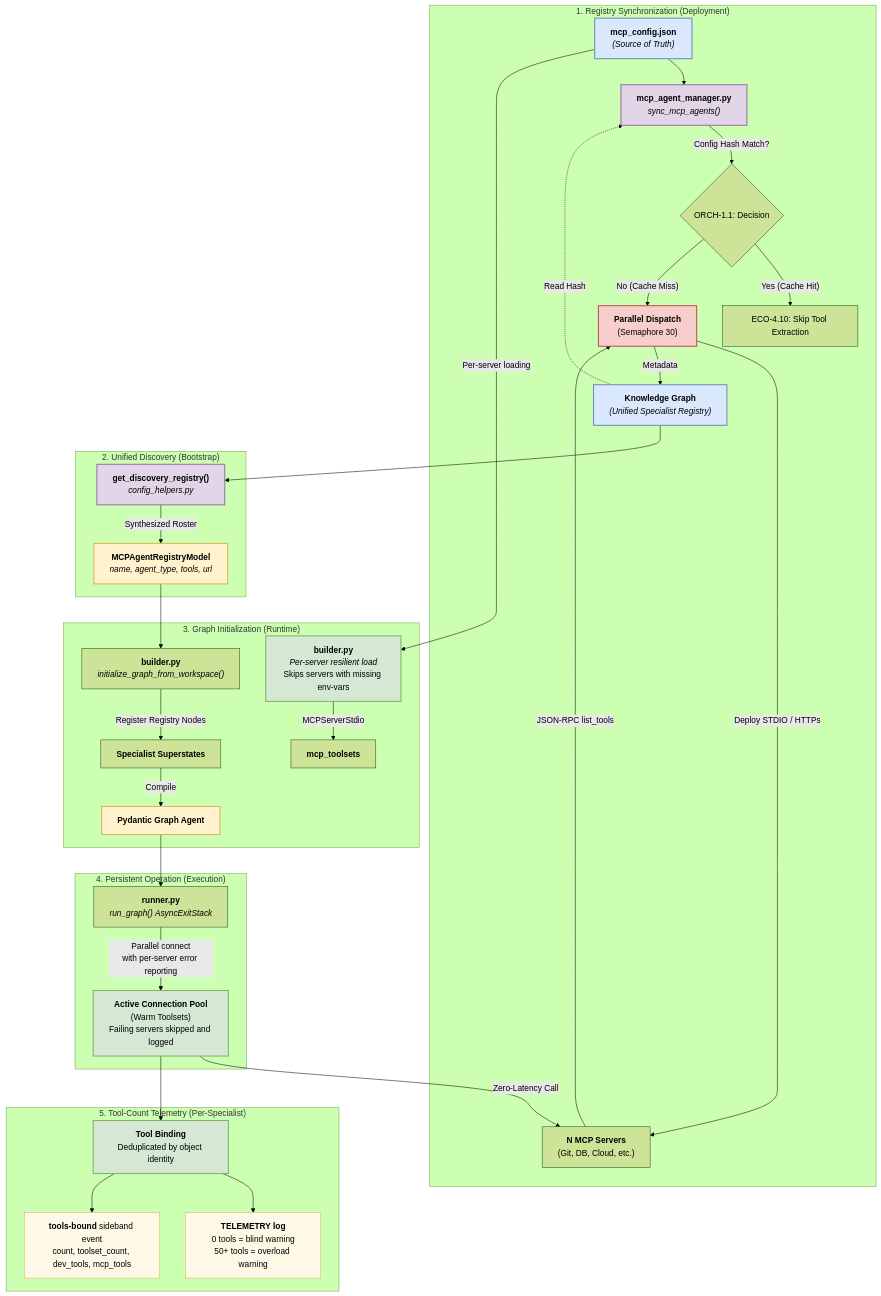
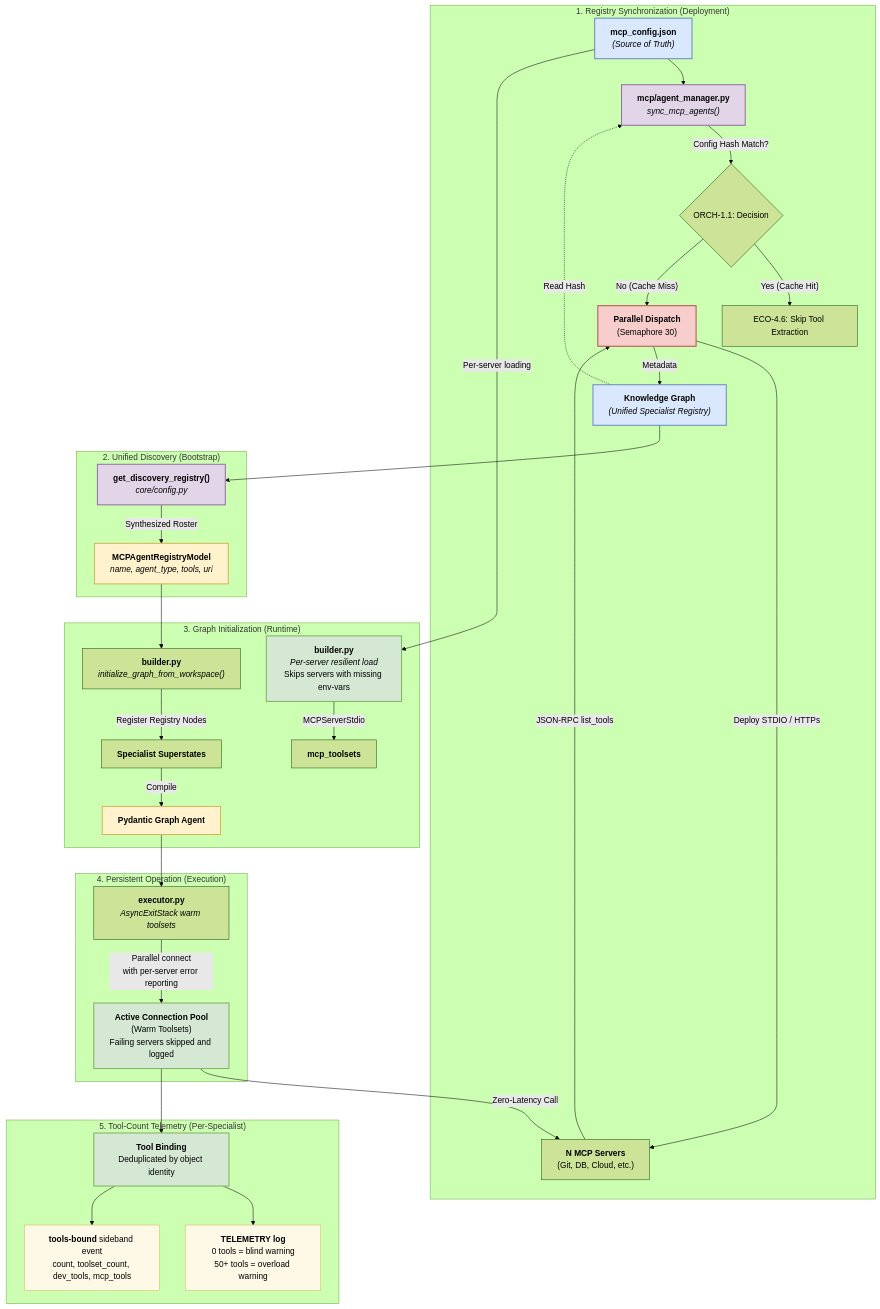
Before and after one commit to Knuckles-Team/agent-utilities: the diagram in docs/guides/agents.md, drawn with Mermaid (forest theme). The commit also changed other lines of this file and 556 other files, not shown here.

````diff
--- a/docs/guides/agents.md
+++ b/docs/guides/agents.md
@@ -35,53 +35,53 @@
 ```mermaid
 graph TD
     subgraph Registry_Phase ["1. Registry Synchronization (Deployment)"]
-        Config["<b>mcp_config.json</b><br/><i>(Source of Truth)</i>"] --> Manager["<b>mcp_agent_manager.py</b><br/><i>sync_mcp_agents()</i>"]
+        Config["<b>mcp_config.json</b><br/><i>(Source of Truth)</i>"] --> Manager["<b>mcp/agent_manager.py</b><br/><i>sync_mcp_agents()</i>"]
         KG_Registry["<b>Knowledge Graph</b><br/><i>(Unified Specialist Registry)</i>"] -.->|Read Hash| Manager
 
         Manager -->|Config Hash Match?| Branch{ORCH-1.1: Decision}
-        Branch -- "Yes (Cache Hit)" --> Skip["ECO-4.10: Skip Tool Extraction"]
+        Branch -- "Yes (Cache Hit)" --> Skip["ECO-4.6: Skip Tool Extraction"]
         Branch -- "No (Cache Miss)" --> Parallel["<b>Parallel Dispatch</b><br/>(Semaphore 30)"]
 
         Parallel -->|Deploy STDIO / HTTPs| Servers["<b>N MCP Servers</b><br/>(Git, DB, Cloud, etc.)"]
         Servers -->|JSON-RPC list_tools| Parallel
         Parallel -->|Metadata| KG_Registry
     end
 
     subgraph Unified_Discovery ["2. Unified Discovery (Bootstrap)"]
-        KG_Registry --> UAL["<b>get_discovery_registry()</b><br/><i>config_helpers.py</i>"]
+        KG_Registry --> UAL["<b>get_discovery_registry()</b><br/><i>core/config.py</i>"]
         UAL -->|Synthesized Roster| Roster["<b>MCPAgentRegistryModel</b><br/><i>name, agent_type, tools, url</i>"]
     end
 
     subgraph Initialization_Phase ["3. Graph Initialization (Runtime)"]
         Config -->|Per-server loading| Loader["<b>builder.py</b><br/><i>Per-server resilient load</i><br/>Skips servers with missing env-vars"]
         Roster --> Builder["<b>builder.py</b><br/><i>initialize_graph_from_workspace()</i>"]
         Loader -->|MCPServerStdio| ToolPool["<b>mcp_toolsets</b>"]
         Builder -->|Register Registry Nodes| Specialists["<b>Specialist Superstates</b>"]
         Specialists -->|Compile| GraphAgent["<b>Pydantic Graph Agent</b>"]
     end
 
     subgraph Operation_Phase ["4. Persistent Operation (Execution)"]
-        GraphAgent --> Lifespan["<b>runner.py</b><br/><i>run_graph() AsyncExitStack</i>"]
+        GraphAgent --> Lifespan["<b>executor.py</b><br/><i>AsyncExitStack warm toolsets</i>"]
         Lifespan -->|"Parallel connect<br/>with per-server error reporting"| ConnPool["<b>Active Connection Pool</b><br/>(Warm Toolsets)<br/>Failing servers skipped and logged"]
         ConnPool -->|Zero-Latency Call| Servers
     end
 
     subgraph Telemetry_Phase ["5. Tool-Count Telemetry (Per-Specialist)"]
         ConnPool --> Bind["<b>Tool Binding</b><br/>Deduplicated by object identity"]
         Bind --> TelLog["<b>TELEMETRY log</b><br/>0 tools = blind warning<br/>50+ tools = overload warning"]
         Bind --> TelEvent["<b>tools-bound</b> sideband event<br/>count, toolset_count, dev_tools, mcp_tools"]
     end
 
     style Config fill:#dae8fe,stroke:#6c8ebf,stroke-width:2px
     style KG_Registry fill:#dae8fe,stroke:#6c8ebf,stroke-width:2px
     style Manager fill:#e1d5e7,stroke:#9673a6,stroke-width:2px
     style Parallel fill:#f8cecc,stroke:#b85450,stroke-width:2px
     style ConnPool fill:#d5e8d4,stroke:#82b366,stroke-width:2px
     style GraphAgent fill:#fff2cc,stroke:#d6b656,stroke-width:2px
     style Loader fill:#d5e8d4,stroke:#82b366,stroke-width:2px
     style UAL fill:#e1d5e7,stroke:#9673a6,stroke-width:2px
     style Roster fill:#fff2cc,stroke:#d6b656,stroke-width:2px
     style Bind fill:#d5e8d4,stroke:#82b366,stroke-width:2px
     style TelLog fill:#fef9e7,stroke:#d6b656,stroke-width:1px
     style TelEvent fill:#fef9e7,stroke:#d6b656,stroke-width:1px
 ```
````
